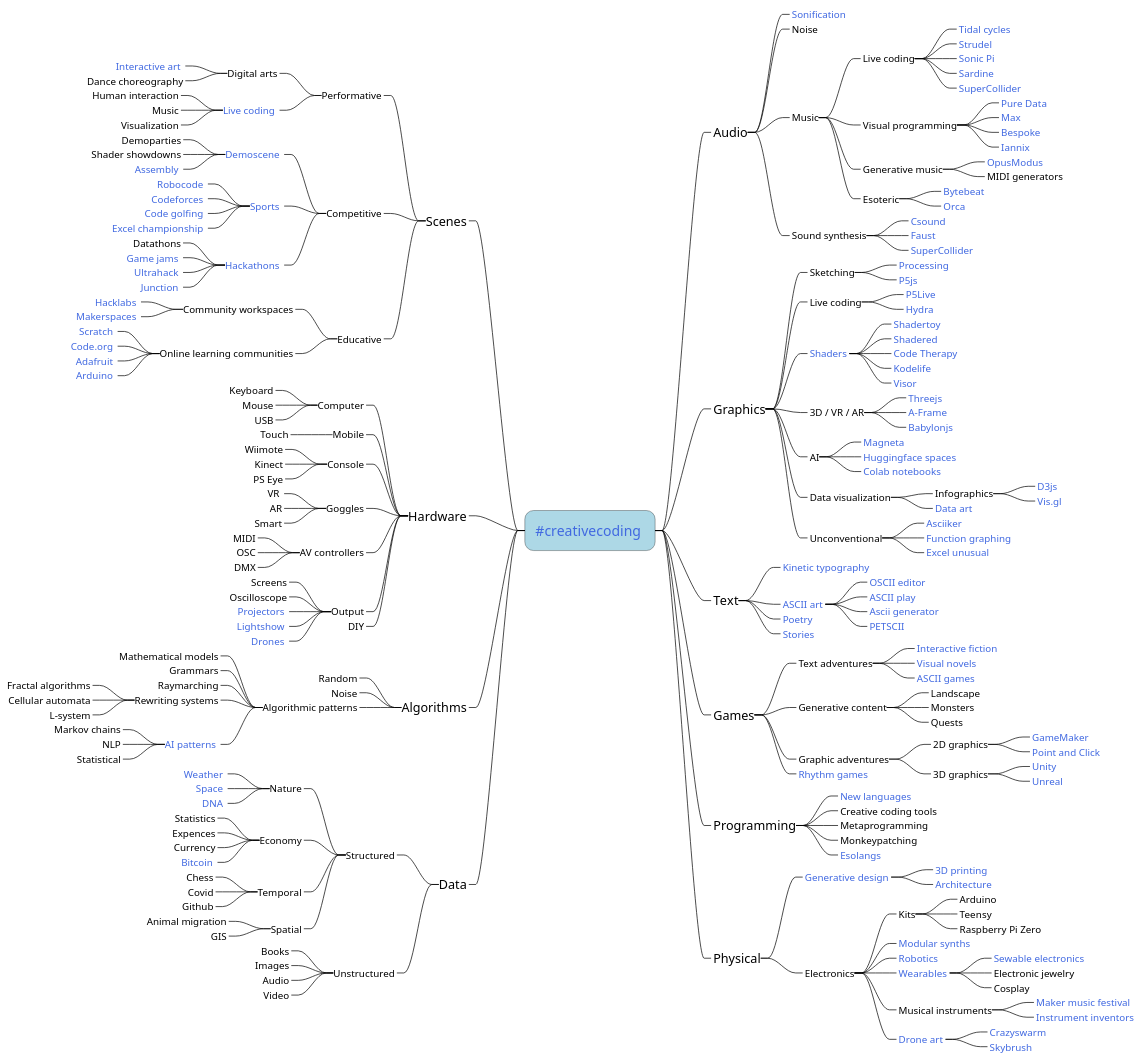
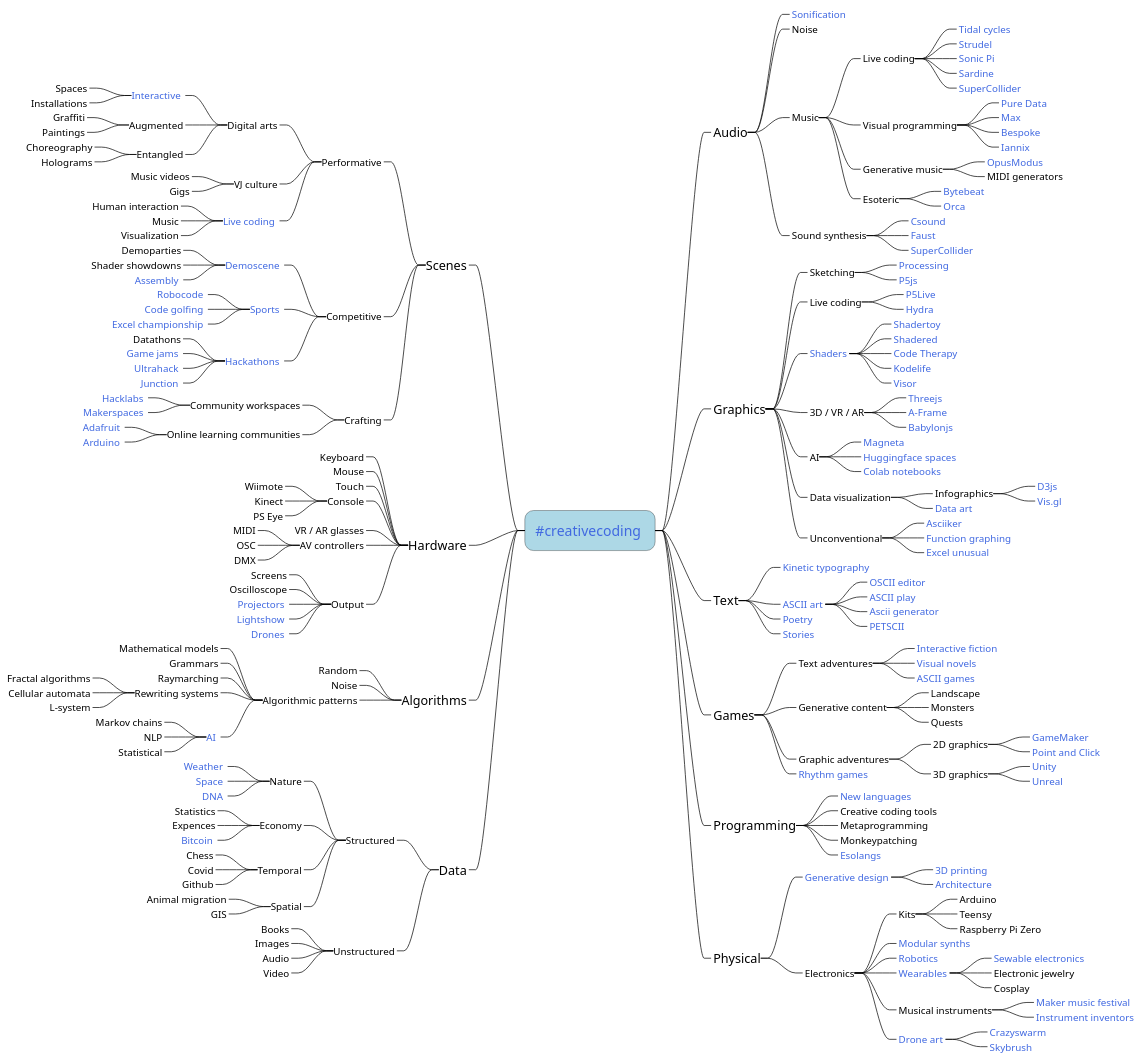
One commit to amiika/creativecodingmindmap changed the diagram in mindmap.plantuml. Above: the diagram before and after it, drawn with PlantUML.

Commit message:
Updated scenes

```diff
--- a/mindmap.plantuml
+++ b/mindmap.plantuml
@@ -166,8 +166,21 @@
 
 ---_ Performative
 ----_ Digital arts
------_ [[https://www.trendhunter.com/slideshow/interactive-art-installations Interactive art]] <<link>>
------_ Dance choreography
+-----_ [[https://www.trendhunter.com/slideshow/interactive-art-installations Interactive]] <<link>>
+------_ Spaces
+------_ Installations
+-----_ Augmented
+------_ Graffiti
+------_ Paintings
+-----_ Entangled
+------_ Choreography
+------_ Holograms
+
+----_ VJ culture
+-----_ Music videos
+-----_ Gigs
+
+
 ----_ [[https://github.com/toplap/awesome-livecoding Live coding]] <<link>>
 -----_ Human interaction
 -----_ Music
@@ -180,7 +193,6 @@
 -----_ [[https://assembly.org/en Assembly]] <<link>>
 ----_ [[https://github.com/lnishan/awesome-competitive-programming Sports]] <<link>>
 -----_ [[https://robocode.sourceforge.io/ Robocode]] <<link>>
------_ [[https://codeforces.com/ Codeforces]] <<link>>
 -----_ [[https://codegolf.stackexchange.com/ Code golfing]] <<link>>
 -----_ [[https://www.fmworldcup.com/ Excel championship]] <<link>>
 ----_ [[https://hackathon.guide/ Hackathons]] <<link>>
@@ -189,31 +201,23 @@
 -----_ [[https://ultrahack.org/ Ultrahack]] <<link>>
 -----_ [[https://www.hackjunction.com/ Junction]] <<link>>
 
----_ Educative
+---_ Crafting
 ----_ Community workspaces
 -----_ [[https://hacklab.fi/index_en.html Hacklabs]] <<link>>
 -----_ [[https://directory.libraries.fi/services/room/pajamakerspace Makerspaces]] <<link>>
 ----_ Online learning communities
------_ [[https://scratch.mit.edu/ Scratch]] <<link>>
------_ [[https://code.org/ Code.org]] <<link>>
 -----_ [[https://forums.adafruit.com/ Adafruit]] <<link>>
 -----_ [[https://forum.arduino.cc/ Arduino]] <<link>>
 
 --_ Hardware
----_ Computer
-----_ Keyboard
-----_ Mouse
-----_ USB
----_ Mobile
-----_ Touch
+---_ Keyboard
+---_ Mouse
+---_ Touch
 ---_ Console
 ----_ Wiimote
 ----_ Kinect
 ----_ PS Eye
----_ Goggles
-----_ VR 
-----_ AR
-----_ Smart
+---_ VR / AR glasses
 ---_ AV controllers
 ----_ MIDI
 ----_ OSC
@@ -224,7 +228,6 @@
 ----_ [[https://github.com/codingjoe/MusicBeam Projectors]] <<link>>
 ----_ [[https://github.com/topics/lightshow Lightshow]] <<link>>
 ----_ [[https://github.com/topics/drone Drones]] <<link>>
----_ DIY
 
 --_ Algorithms
 ---_ Random
@@ -237,7 +240,7 @@
 -----_ Fractal algorithms
 -----_ Cellular automata
 -----_ L-system
-----_ [[https://theresanaiforthat.com/ AI patterns]] <<link>>
+----_ [[https://theresanaiforthat.com/ AI]] <<link>>
 -----_ Markov chains
 -----_ NLP
 -----_ Statistical
@@ -251,7 +254,6 @@
 ----_ Economy
 -----_ Statistics
 -----_ Expences
------_ Currency
 -----_ [[https://www.bitlisten.com/ Bitcoin]] <<link>>
 ----_ Temporal
 -----_ Chess
```
